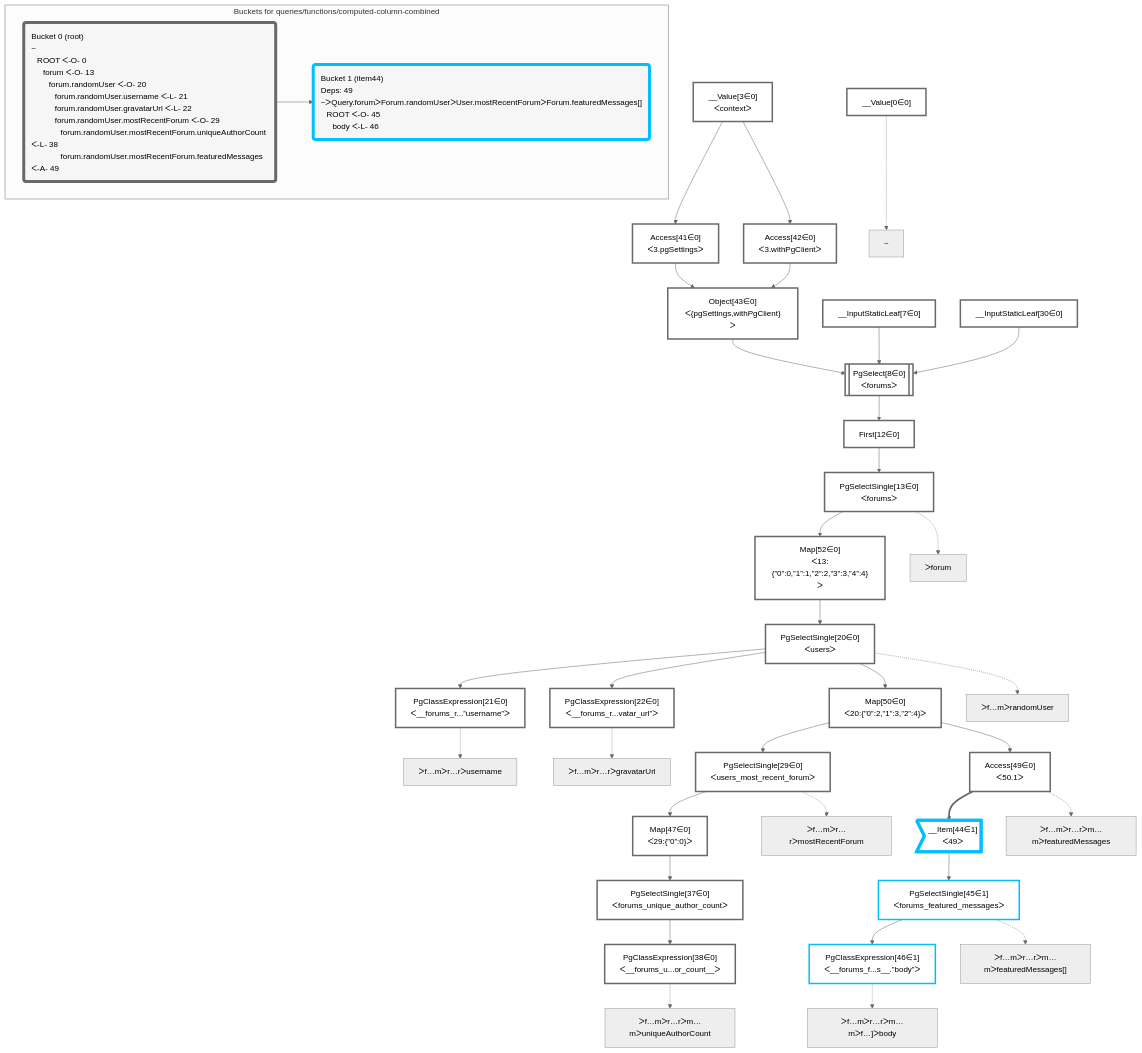
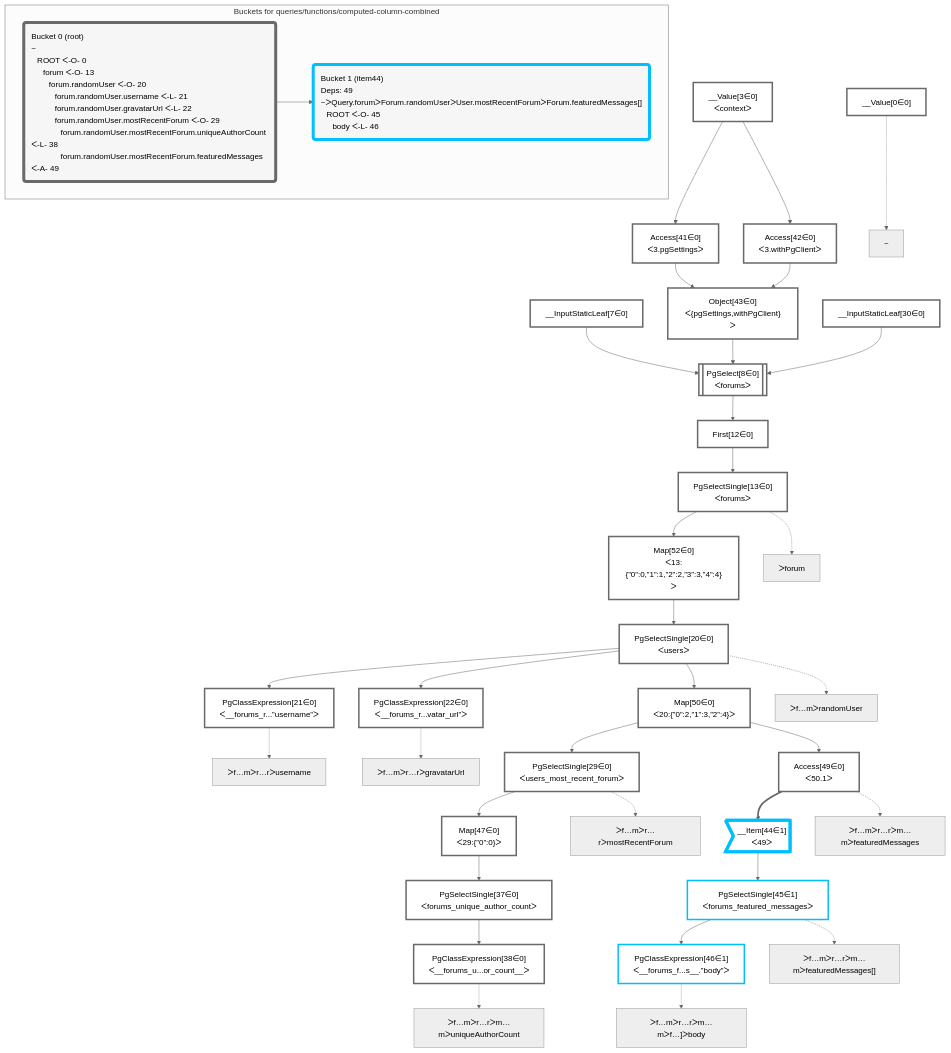
Before and after one commit to graphile/crystal: the diagram in packages/dataplan-pg/__tests__/queries/functions/computed-column-combined.mermaid.md, drawn with Mermaid (neutral theme). The commit also changed other lines of this file and 195 other files, not shown here.

Commit message:
Reorder graphs

```diff
--- a/packages/dataplan-pg/__tests__/queries/functions/computed-column-combined.mermaid.md
+++ b/packages/dataplan-pg/__tests__/queries/functions/computed-column-combined.mermaid.md
@@ -9,49 +9,49 @@
 
     %% define plans
     __Value0["__Value[0∈0]"]:::plan
+    __Value3["__Value[3∈0]<br />ᐸcontextᐳ"]:::plan
+    __InputStaticLeaf7["__InputStaticLeaf[7∈0]"]:::plan
+    Access41["Access[41∈0]<br />ᐸ3.pgSettingsᐳ"]:::plan
+    Access42["Access[42∈0]<br />ᐸ3.withPgClientᐳ"]:::plan
+    Object43["Object[43∈0]<br />ᐸ{pgSettings,withPgClient}ᐳ"]:::plan
+    __InputStaticLeaf30["__InputStaticLeaf[30∈0]"]:::plan
+    PgSelect8[["PgSelect[8∈0]<br />ᐸforumsᐳ"]]:::plan
+    First12["First[12∈0]"]:::plan
+    PgSelectSingle13["PgSelectSingle[13∈0]<br />ᐸforumsᐳ"]:::plan
+    Map52["Map[52∈0]<br />ᐸ13:{”0”:0,”1”:1,”2”:2,”3”:3,”4”:4}ᐳ"]:::plan
+    PgSelectSingle20["PgSelectSingle[20∈0]<br />ᐸusersᐳ"]:::plan
     PgClassExpression21["PgClassExpression[21∈0]<br />ᐸ__forums_r...”username”ᐳ"]:::plan
     PgClassExpression22["PgClassExpression[22∈0]<br />ᐸ__forums_r...vatar_url”ᐳ"]:::plan
+    Map50["Map[50∈0]<br />ᐸ20:{”0”:2,”1”:3,”2”:4}ᐳ"]:::plan
+    PgSelectSingle29["PgSelectSingle[29∈0]<br />ᐸusers_most_recent_forumᐳ"]:::plan
+    Map47["Map[47∈0]<br />ᐸ29:{”0”:0}ᐳ"]:::plan
+    PgSelectSingle37["PgSelectSingle[37∈0]<br />ᐸforums_unique_author_countᐳ"]:::plan
     PgClassExpression38["PgClassExpression[38∈0]<br />ᐸ__forums_u...or_count__ᐳ"]:::plan
-    PgSelectSingle37["PgSelectSingle[37∈0]<br />ᐸforums_unique_author_countᐳ"]:::plan
-    Map47["Map[47∈0]<br />ᐸ29:{”0”:0}ᐳ"]:::plan
-    PgSelectSingle29["PgSelectSingle[29∈0]<br />ᐸusers_most_recent_forumᐳ"]:::plan
+    Access49["Access[49∈0]<br />ᐸ50.1ᐳ"]:::plan
+    __Item44>"__Item[44∈1]<br />ᐸ49ᐳ"]:::itemplan
+    PgSelectSingle45["PgSelectSingle[45∈1]<br />ᐸforums_featured_messagesᐳ"]:::plan
     PgClassExpression46["PgClassExpression[46∈1]<br />ᐸ__forums_f...s__.”body”ᐳ"]:::plan
-    PgSelectSingle45["PgSelectSingle[45∈1]<br />ᐸforums_featured_messagesᐳ"]:::plan
-    __Item44>"__Item[44∈1]<br />ᐸ49ᐳ"]:::itemplan
-    Access49["Access[49∈0]<br />ᐸ50.1ᐳ"]:::plan
-    Map50["Map[50∈0]<br />ᐸ20:{”0”:2,”1”:3,”2”:4}ᐳ"]:::plan
-    PgSelectSingle20["PgSelectSingle[20∈0]<br />ᐸusersᐳ"]:::plan
-    Map52["Map[52∈0]<br />ᐸ13:{”0”:0,”1”:1,”2”:2,”3”:3,”4”:4}ᐳ"]:::plan
-    PgSelectSingle13["PgSelectSingle[13∈0]<br />ᐸforumsᐳ"]:::plan
-    First12["First[12∈0]"]:::plan
-    PgSelect8[["PgSelect[8∈0]<br />ᐸforumsᐳ"]]:::plan
-    Object43["Object[43∈0]<br />ᐸ{pgSettings,withPgClient}ᐳ"]:::plan
-    Access41["Access[41∈0]<br />ᐸ3.pgSettingsᐳ"]:::plan
-    Access42["Access[42∈0]<br />ᐸ3.withPgClientᐳ"]:::plan
-    __Value3["__Value[3∈0]<br />ᐸcontextᐳ"]:::plan
-    __InputStaticLeaf7["__InputStaticLeaf[7∈0]"]:::plan
-    __InputStaticLeaf30["__InputStaticLeaf[30∈0]"]:::plan
 
     %% plan dependencies
+    __Value3 --> Access41
+    __Value3 --> Access42
+    Access41 & Access42 --> Object43
+    Object43 & __InputStaticLeaf7 & __InputStaticLeaf30 --> PgSelect8
+    PgSelect8 --> First12
+    First12 --> PgSelectSingle13
+    PgSelectSingle13 --> Map52
+    Map52 --> PgSelectSingle20
     PgSelectSingle20 --> PgClassExpression21
     PgSelectSingle20 --> PgClassExpression22
+    PgSelectSingle20 --> Map50
+    Map50 --> PgSelectSingle29
+    PgSelectSingle29 --> Map47
+    Map47 --> PgSelectSingle37
     PgSelectSingle37 --> PgClassExpression38
-    Map47 --> PgSelectSingle37
-    PgSelectSingle29 --> Map47
-    Map50 --> PgSelectSingle29
+    Map50 --> Access49
+    Access49 ==> __Item44
+    __Item44 --> PgSelectSingle45
     PgSelectSingle45 --> PgClassExpression46
-    __Item44 --> PgSelectSingle45
-    Access49 ==> __Item44
-    Map50 --> Access49
-    PgSelectSingle20 --> Map50
-    Map52 --> PgSelectSingle20
-    PgSelectSingle13 --> Map52
-    First12 --> PgSelectSingle13
-    PgSelect8 --> First12
-    Object43 & __InputStaticLeaf7 & __InputStaticLeaf30 --> PgSelect8
-    Access41 & Access42 --> Object43
-    __Value3 --> Access41
-    __Value3 --> Access42
 
     %% plan-to-path relationships
     P0["~"]
```
